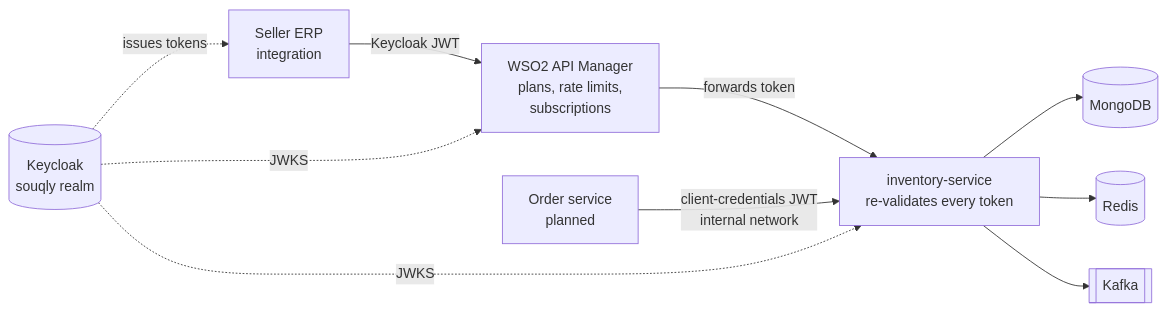
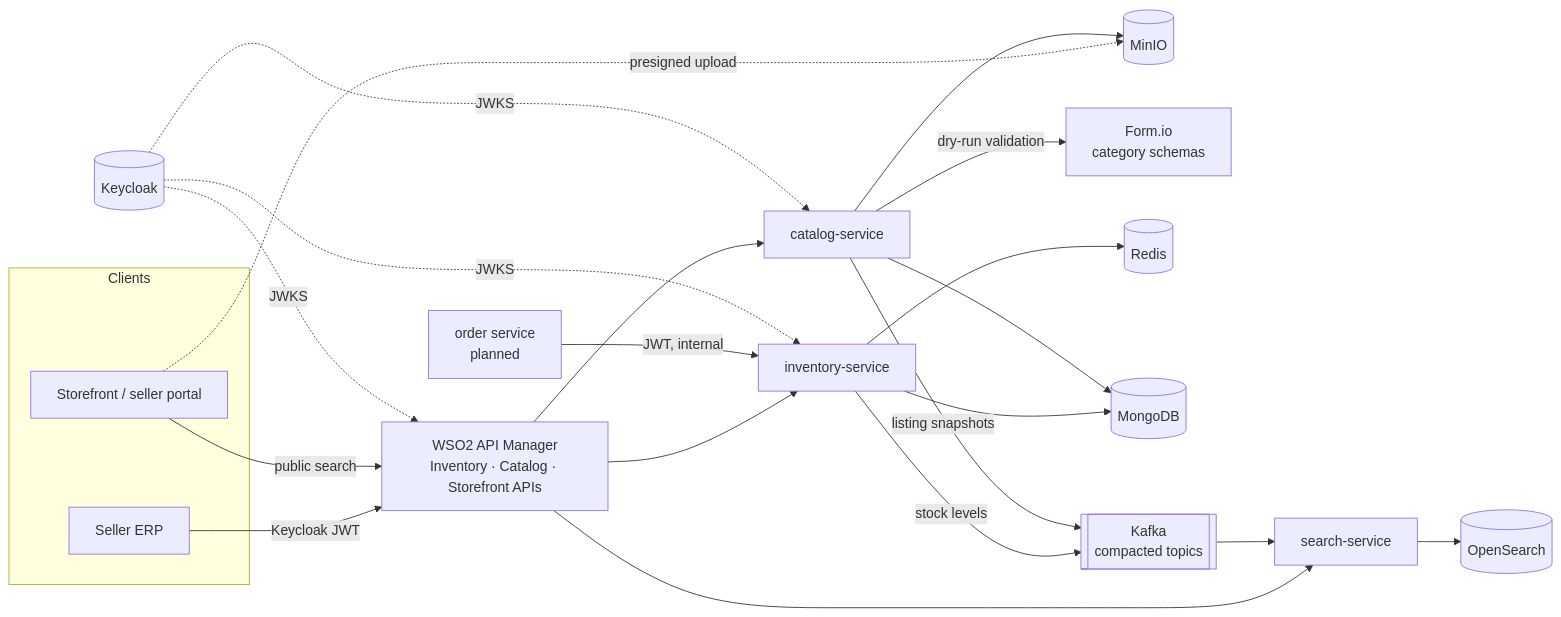
The diagram in README.md (asemdreibati/comptech-stack), drawn with Mermaid before and after one commit. The commit also changed other lines of this file and 10 other files, not shown here.

First line of the commit message:
Wire catalog and search into the platform, gateway and CI

````diff
--- a/README.md
+++ b/README.md
@@ -17,12 +18,23 @@
 ```mermaid
 flowchart LR
-    ERP[Seller ERP<br/>integration] -->|Keycloak JWT| GW[WSO2 API Manager<br/>plans, rate limits,<br/>subscriptions]
-    GW -->|forwards token| INV
-    ORD[Order service<br/>planned] -->|client-credentials JWT<br/>internal network| INV[inventory-service<br/>re-validates every token]
-    KC[(Keycloak<br/>souqly realm)] -. issues tokens .-> ERP
-    KC -. JWKS .-> GW
-    KC -. JWKS .-> INV
-    INV --> M[(MongoDB)]
+    subgraph clients[Clients]
+        ERP[Seller ERP]
+        WEB[Storefront / seller portal]
+    end
+    GW[WSO2 API Manager<br/>Inventory · Catalog · Storefront APIs]
+    ERP -->|Keycloak JWT| GW
+    WEB -->|public search| GW
+    WEB -.->|presigned upload| MINIO[(MinIO)]
+    GW --> INV[inventory-service]
+    GW --> CAT[catalog-service]
+    GW --> SRCH[search-service]
+    ORD[order service<br/>planned] -->|JWT, internal| INV
+    CAT -->|dry-run validation| FIO[Form.io<br/>category schemas]
+    CAT --> MINIO
     INV --> R[(Redis)]
-    INV --> K[[Kafka]]
+    INV & CAT --> M[(MongoDB)]
+    INV -->|stock levels| K[[Kafka<br/>compacted topics]]
+    CAT -->|listing snapshots| K
+    K --> SRCH --> OS[(OpenSearch)]
+    KC[(Keycloak)] -. JWKS .-> GW & INV & CAT
 ```
````
